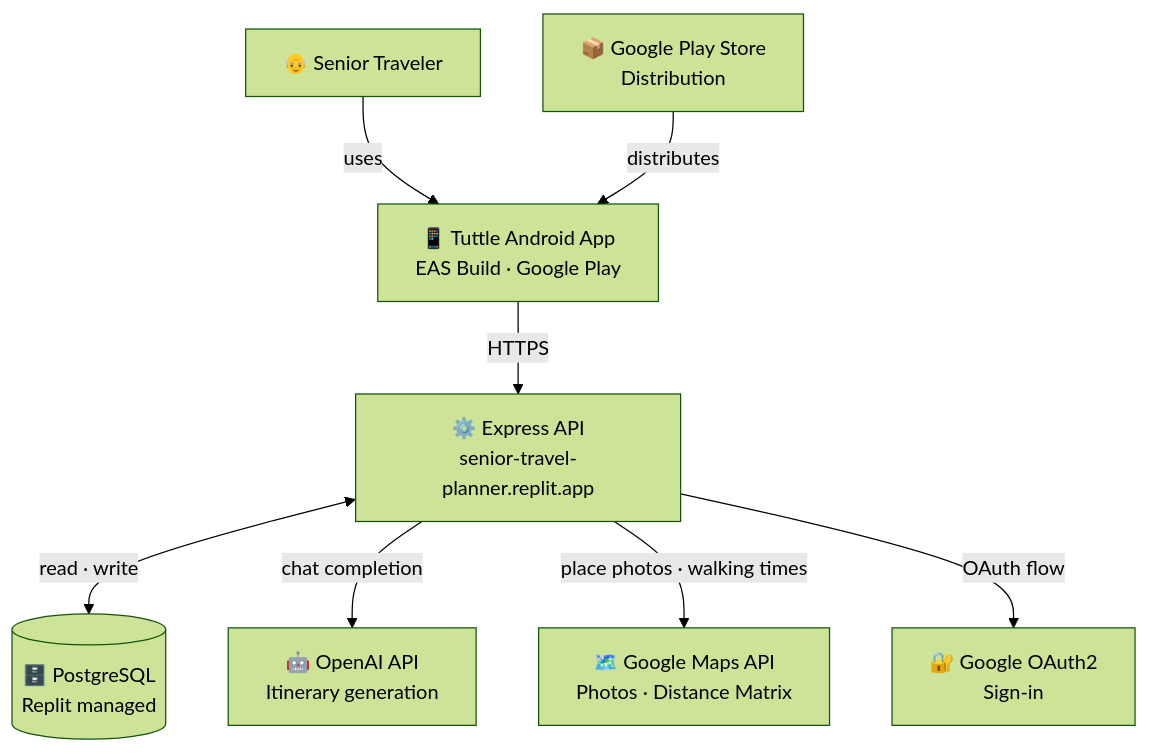
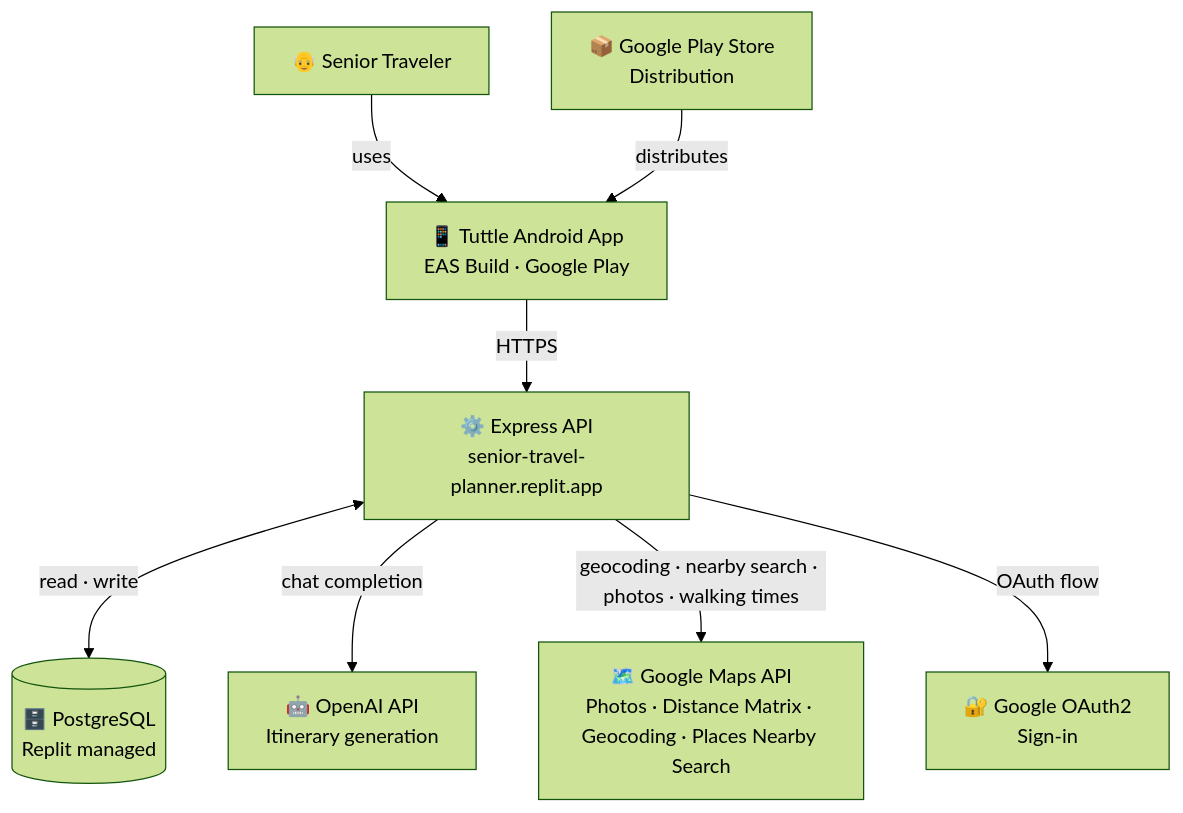
Before and after one commit to prateekroy13/SeniorTravelPlanner: the first of 12 diagrams in ARCHITECTURE.md, drawn with Mermaid (forest theme). The commit also changed other lines of this file and 2 other files, not shown here.

````diff
--- a/ARCHITECTURE.md
+++ b/ARCHITECTURE.md
@@ -7,19 +7,19 @@
 ```mermaid
 flowchart TD
     User["👴 Senior Traveler"]
     App["📱 Tuttle Android App\nEAS Build · Google Play"]
     API["⚙️ Express API\nsenior-travel-planner.replit.app"]
     PG[("🗄️ PostgreSQL\nReplit managed")]
     OpenAI["🤖 OpenAI API\nItinerary generation"]
-    Maps["🗺️ Google Maps API\nPhotos · Distance Matrix"]
+    Maps["🗺️ Google Maps API\nPhotos · Distance Matrix · Geocoding · Places Nearby Search"]
     OAuth["🔐 Google OAuth2\nSign-in"]
     Play["📦 Google Play Store\nDistribution"]
 
     User -->|uses| App
     Play -->|distributes| App
     App -->|HTTPS| API
     API <-->|read · write| PG
     API -->|chat completion| OpenAI
-    API -->|place photos · walking times| Maps
+    API -->|geocoding · nearby search · photos · walking times| Maps
     API -->|OAuth flow| OAuth
 ```
````
